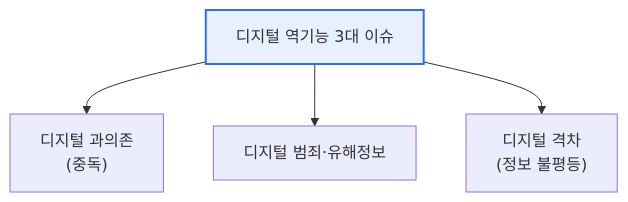
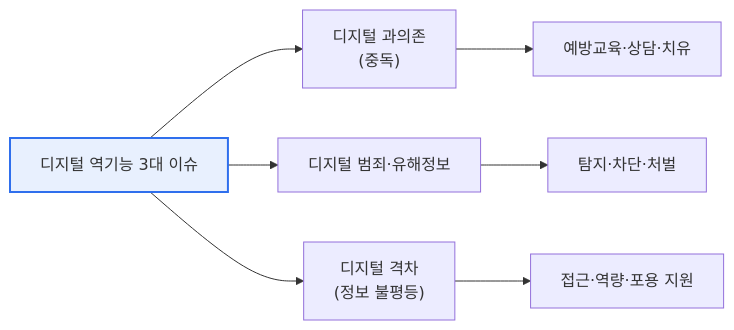
One commit to coninggu/wjdqhrhksflrltnftk changed the second of 2 diagrams in content/digital-dysfunction.md. Above: the diagram before and after it, drawn with Mermaid. The commit also changed other lines of this file and 3 other files, not shown here.

Commit message:
Deepen 빅데이터 플랫폼 아키텍처 설계, 디지털 역기능(Digital Dysfunction) (auto)

````diff
--- a/content/digital-dysfunction.md
+++ b/content/digital-dysfunction.md
@@ -27,7 +55,10 @@
 ```mermaid
-flowchart TB
-  D[디지털 역기능 3대 이슈] --> A["디지털 과의존<br/>(중독)"]
+flowchart LR
+  D["디지털 역기능 3대 이슈"] --> A["디지털 과의존<br/>(중독)"]
   D --> B["디지털 범죄·유해정보"]
   D --> C["디지털 격차<br/>(정보 불평등)"]
+  A --> A1["예방교육·상담·치유"]
+  B --> B1["탐지·차단·처벌"]
+  C --> C1["접근·역량·포용 지원"]
   style D fill:#e8f0fe,stroke:#2f6fed,stroke-width:2px
 ```
````
